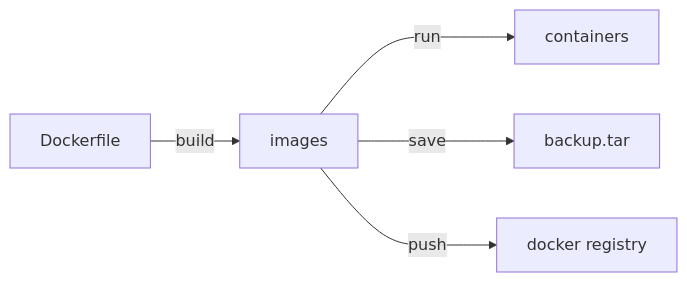
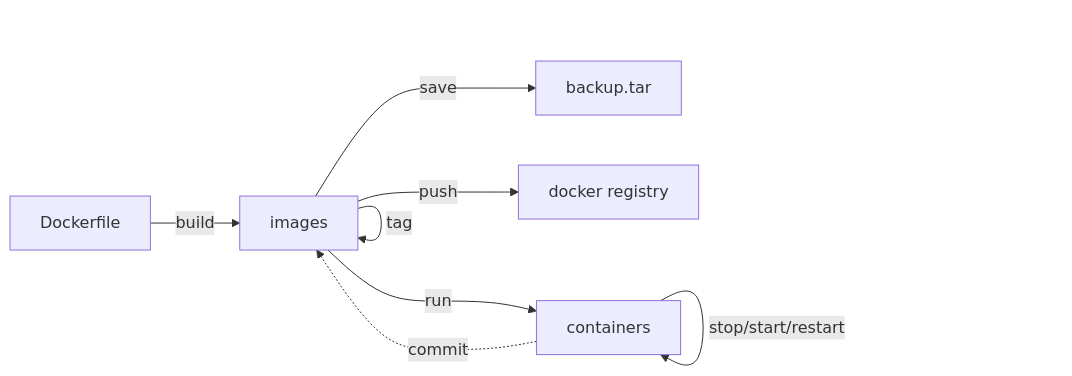
Before and after one commit to wangdada-love/docker_exercise: the diagram in README.md, drawn with Mermaid. The commit also changed other lines of this file, not shown here.

````diff
--- a/README.md
+++ b/README.md
@@ -55,10 +55,11 @@
 ```mermaid
 graph LR 
   file[Dockerfile] --build--> image[images]
   image --run---> con[containers]  
   image --save--->tar[backup.tar]
   image --push--->hub[docker registry]
-
-
+  image--tag--->image
+  con -.commit.->image
+  con --stop/start/restart--->con
 
 ```
````
